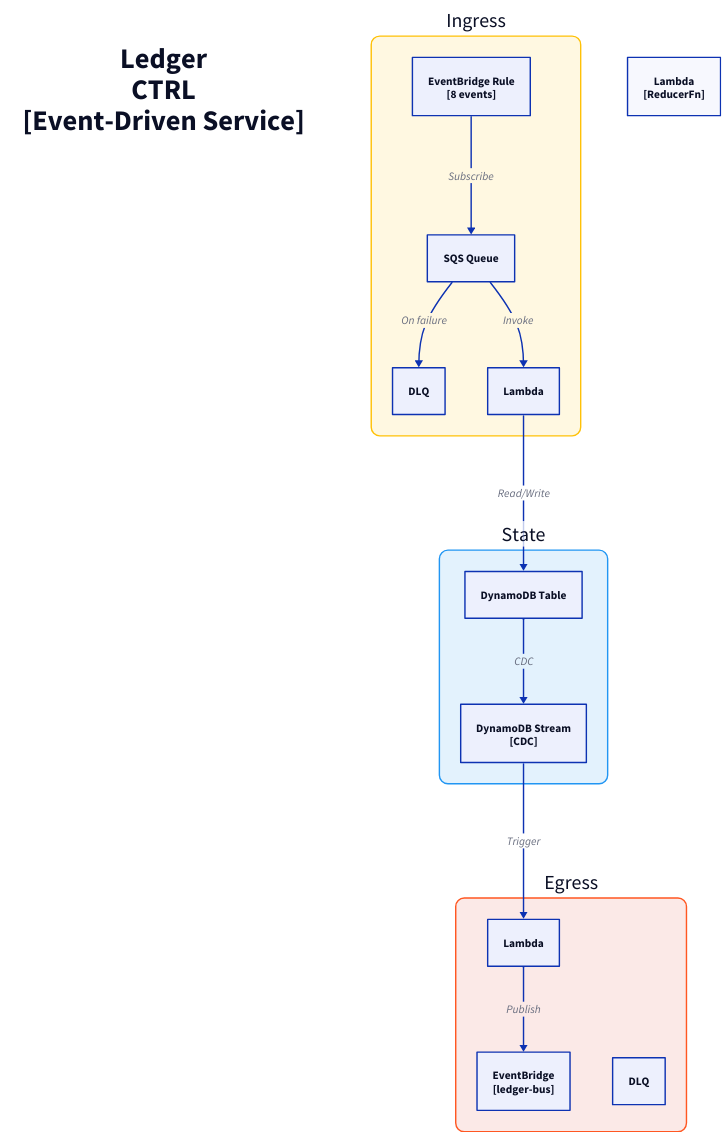
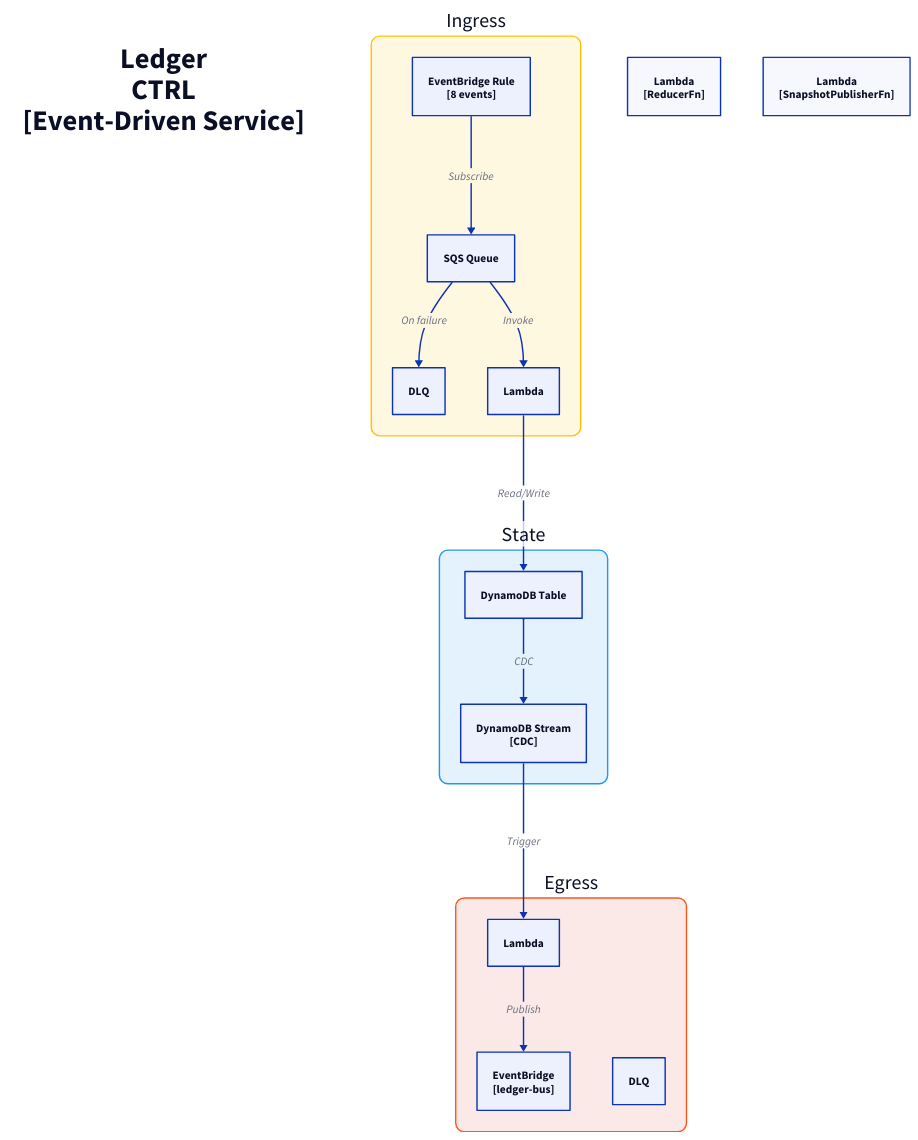
Before and after one commit to fabio-vitali/nestfolio: the diagram in docs/architecture/c3/ledger-ctrl.d2, drawn with D2. The commit also changed 70 other files, not shown here.

Commit message:
docs: regenerate C4 diagrams from current CDK stacks

```diff
--- a/docs/architecture/c3/ledger-ctrl.d2
+++ b/docs/architecture/c3/ledger-ctrl.d2
@@ -1,39 +1,40 @@
 direction: down
 
 title: "Ledger\nCTRL\n[Event-Driven Service]" {
   style: { font-size: 40; bold: true; fill: transparent; stroke: transparent }
 }
 
 ingress: "Ingress" {
   style: { fill: "#FFF8E1"; stroke: "#FFC107"; border-radius: 12; font-size: 28 }
   rule: "EventBridge Rule\n[8 events]" { class: aws-eventbridge }
   sqs: "SQS Queue" { class: aws-sqs }
   dlq: "DLQ" { class: aws-dlq }
   handler: "Lambda" { class: aws-lambda }
 
   rule -> sqs: Subscribe
   sqs -> handler: Invoke
   sqs -> dlq: On failure
 }
 
 state: "State" {
   style: { fill: "#E3F2FD"; stroke: "#2196F3"; border-radius: 12; font-size: 28 }
   table: "DynamoDB Table" { class: aws-dynamodb }
   stream: "DynamoDB Stream\n[CDC]" { class: aws-ddb-stream }
   table -> stream: CDC
 }
 
 egress: "Egress" {
   style: { fill: "#FBE9E7"; stroke: "#FF5722"; border-radius: 12; font-size: 28 }
   processor: "Lambda" { class: aws-lambda }
   bus: "EventBridge\n[ledger-bus]" { class: aws-eventbridge }
   dlq: "DLQ" { class: aws-dlq }
 
   processor -> bus: Publish
 }
 
 reducer-fn: "Lambda\n[ReducerFn]" { class: aws-lambda }
+snapshot-publisher-fn: "Lambda\n[SnapshotPublisherFn]" { class: aws-lambda }
 
 # Flows
 ingress.handler -> state.table: Read/Write
 state.stream -> egress.processor: Trigger
```
